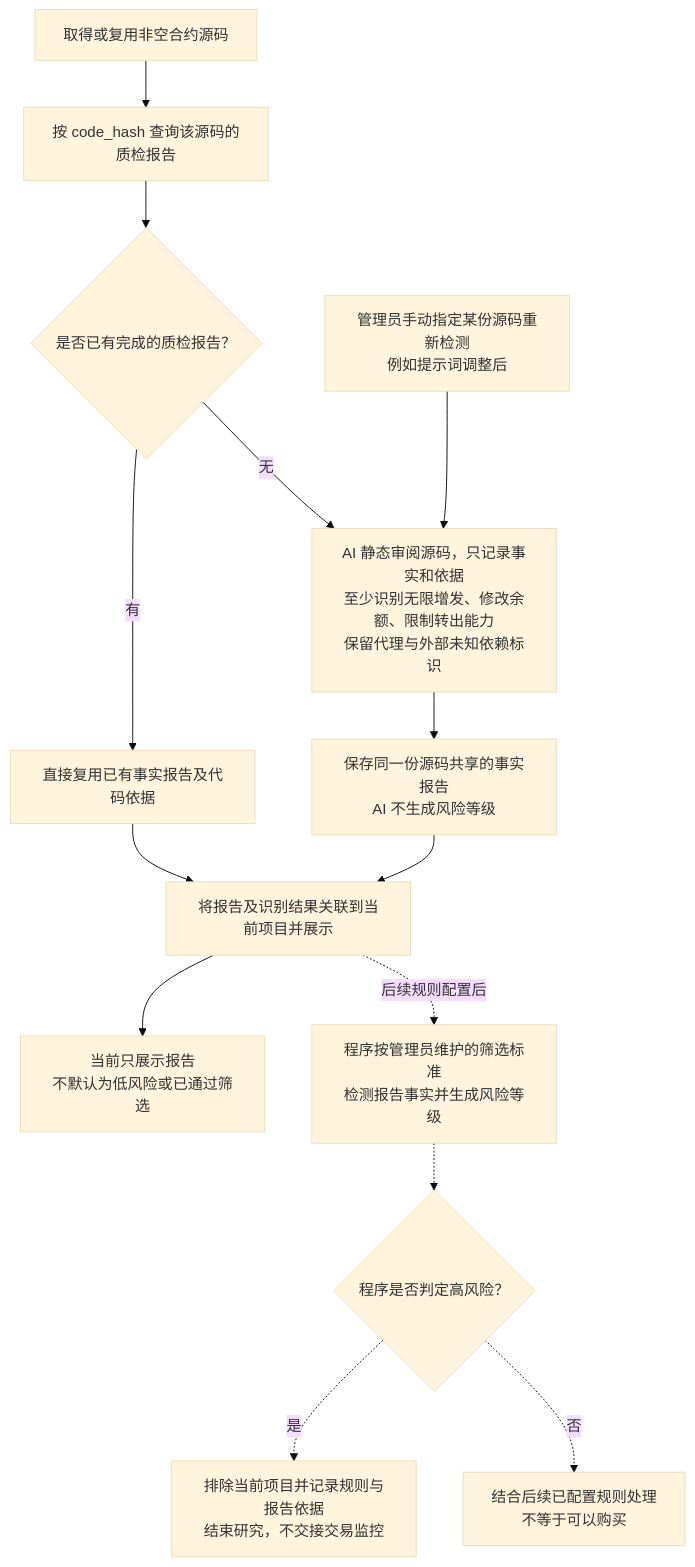
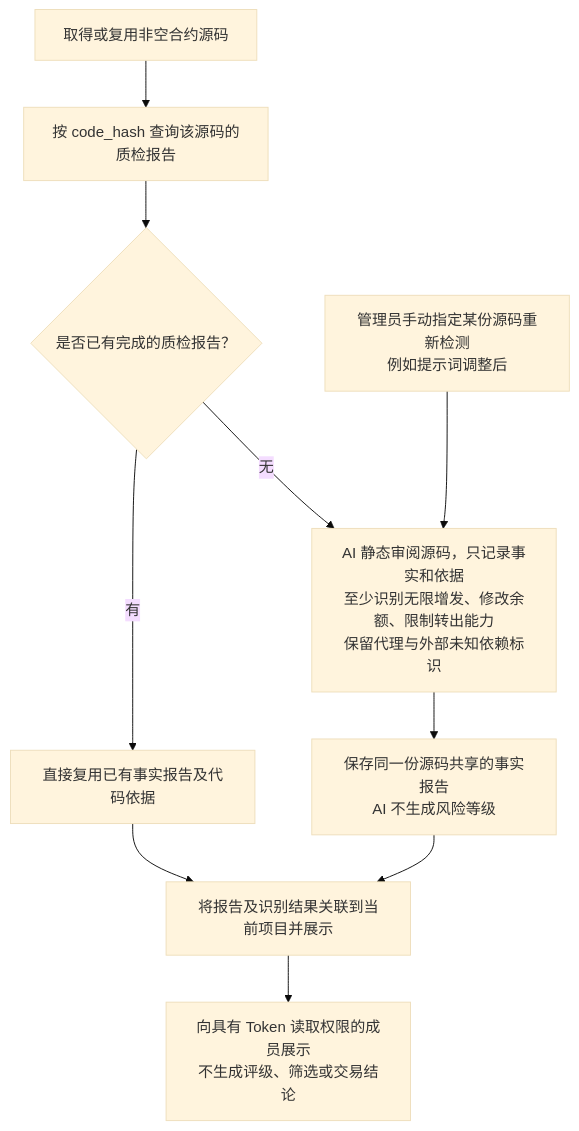
One commit to useryege/athena-o changed the diagram in docs/requirements/token/token-contract-review-flow.md. Above: the diagram before and after it, drawn with Mermaid (base theme). The commit also changed other lines of this file and 14 other files, not shown here.

````diff
--- a/docs/requirements/token/token-contract-review-flow.md
+++ b/docs/requirements/token/token-contract-review-flow.md
@@ -17,16 +17,12 @@
 ```mermaid
 flowchart TD
     A["取得或复用非空合约源码"] --> B["按 code_hash 查询该源码的质检报告"]
     B --> C{"是否已有完成的质检报告？"}
     C -->|有| D["直接复用已有事实报告及代码依据"]
     C -->|无| E["AI 静态审阅源码，只记录事实和依据<br/>至少识别无限增发、修改余额、限制转出能力<br/>保留代理与外部未知依赖标识"]
     ADMIN["管理员手动指定某份源码重新检测<br/>例如提示词调整后"] --> E
     E --> F["保存同一份源码共享的事实报告<br/>AI 不生成风险等级"]
     D --> G["将报告及识别结果关联到当前项目并展示"]
     F --> G
-    G --> J["当前只展示报告<br/>不默认为低风险或已通过筛选"]
-    G -. 后续规则配置后 .-> RULES["程序按管理员维护的筛选标准<br/>检测报告事实并生成风险等级"]
-    RULES -.-> H{"程序是否判定高风险？"}
-    H -. 是 .-> I["排除当前项目并记录规则与报告依据<br/>结束研究，不交接交易监控"]
-    H -. 否 .-> OTHER["结合后续已配置规则处理<br/>不等于可以购买"]
+    G --> J["向具有 Token 读取权限的成员展示<br/>不生成评级、筛选或交易结论"]
 ```
````
